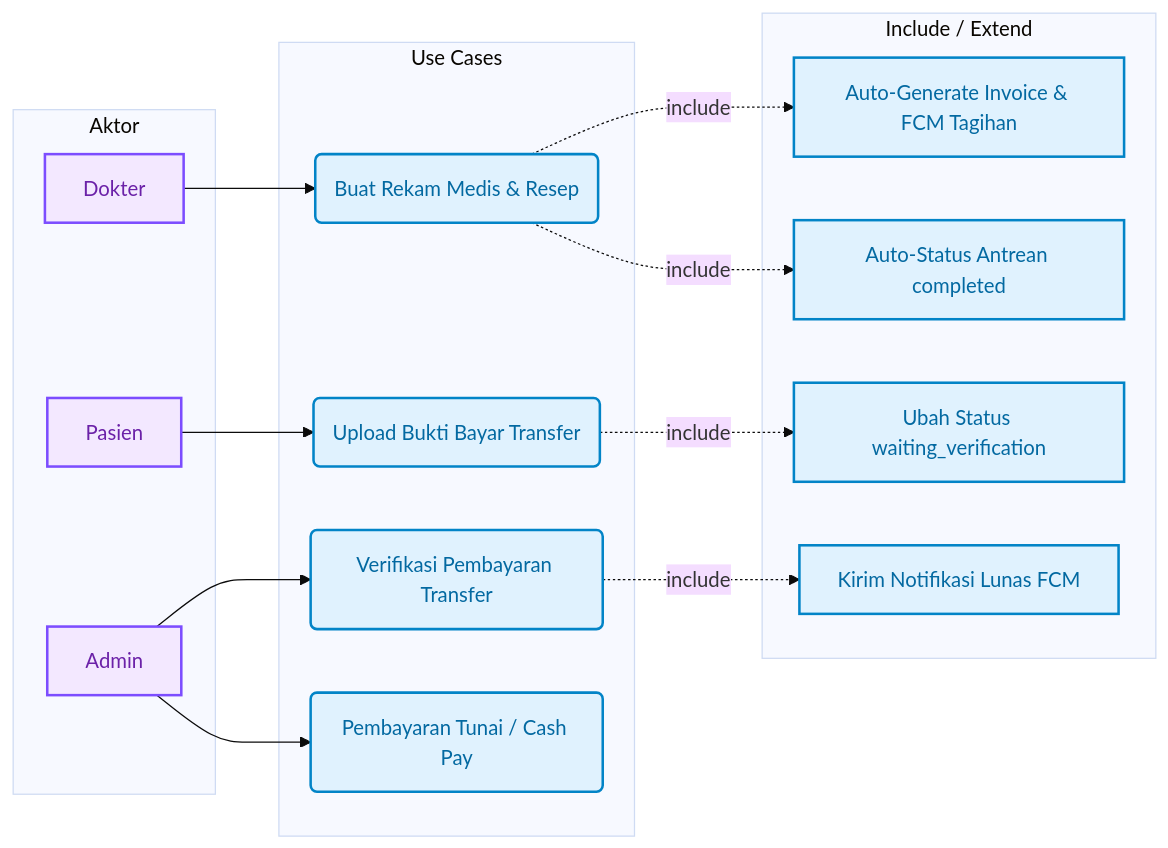
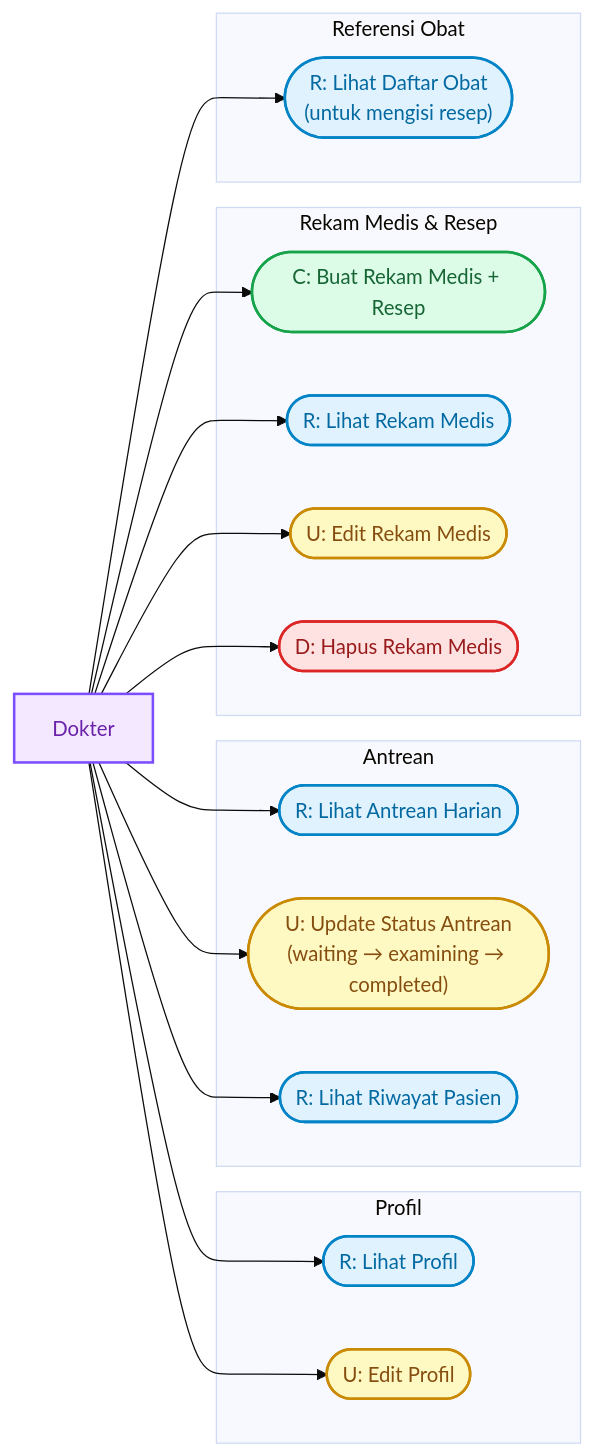
The third of 5 diagrams in dokumentasi/USECASE_DIAGRAM.md (Rezi14/NalaSeva-Mobile-Test), drawn with Mermaid (base theme) before and after one commit. The commit also changed other lines of this file, not shown here.

````diff
--- a/dokumentasi/USECASE_DIAGRAM.md
+++ b/dokumentasi/USECASE_DIAGRAM.md
@@ -200,37 +196,43 @@
 ```mermaid
 flowchart LR
   classDef actorStyle fill:#f3e8ff,stroke:#7c4dff,stroke-width:2px,color:#6b21a8;
-  classDef usecaseStyle fill:#e0f2fe,stroke:#0284c7,stroke-width:2px,color:#0369a1;
+  classDef cStyle fill:#dcfce7,stroke:#16a34a,stroke-width:2px,color:#166534;
+  classDef rStyle fill:#e0f2fe,stroke:#0284c7,stroke-width:2px,color:#0369a1;
+  classDef uStyle fill:#fef9c3,stroke:#ca8a04,stroke-width:2px,color:#854d0e;
+  classDef dStyle fill:#fee2e2,stroke:#dc2626,stroke-width:2px,color:#991b1b;
 
-  subgraph Actors [Aktor]
-    Dokter[Dokter]:::actorStyle
-    Pasien[Pasien]:::actorStyle
-    Admin[Admin]:::actorStyle
+  Dokter[Dokter]:::actorStyle
+
+  subgraph Profil ["Profil"]
+    R0(["R: Lihat Profil"]):::rStyle
+    U0(["U: Edit Profil"]):::uStyle
   end
 
-  subgraph UseCases [Use Cases]
-    UC_Exam(Buat Rekam Medis & Resep):::usecaseStyle
-    UC_Upload(Upload Bukti Bayar Transfer):::usecaseStyle
-    UC_Verify(Verifikasi Pembayaran Transfer):::usecaseStyle
-    UC_Cash(Pembayaran Tunai / Cash Pay):::usecaseStyle
+  subgraph Antrean ["Antrean"]
+    R1(["R: Lihat Antrean Harian"]):::rStyle
+    U1(["U: Update Status Antrean\n(waiting → examining → completed)"]):::uStyle
+    R2(["R: Lihat Riwayat Pasien"]):::rStyle
   end
 
-  subgraph Details [Include / Extend]
-    UC_Invoice[Auto-Generate Invoice & FCM Tagihan]:::usecaseStyle
-    UC_QueueComp[Auto-Status Antrean completed]:::usecaseStyle
-    UC_StatusWaiting[Ubah Status waiting_verification]:::usecaseStyle
-    UC_FCMVerify[Kirim Notifikasi Lunas FCM]:::usecaseStyle
+  subgraph RekamMedis ["Rekam Medis & Resep"]
+    C1(["C: Buat Rekam Medis + Resep"]):::cStyle
+    R3(["R: Lihat Rekam Medis"]):::rStyle
+    U2(["U: Edit Rekam Medis"]):::uStyle
+    D1(["D: Hapus Rekam Medis"]):::dStyle
   end
 
-  %% Actor Connections
-  Dokter --> UC_Exam
-  Pasien --> UC_Upload
-  Admin --> UC_Verify
-  Admin --> UC_Cash
+  subgraph Obat ["Referensi Obat"]
+    R4(["R: Lihat Daftar Obat\n(untuk mengisi resep)"]):::rStyle
+  end
 
-  %% Relations
-  UC_Exam -.->|include| UC_Invoice
-  UC_Exam -.->|include| UC_QueueComp
-  UC_Upload -.->|include| UC_StatusWaiting
-  UC_Verify -.->|include| UC_FCMVerify
+  Dokter --> R0
+  Dokter --> U0
+  Dokter --> R1
+  Dokter --> U1
+  Dokter --> R2
+  Dokter --> C1
+  Dokter --> R3
+  Dokter --> U2
+  Dokter --> D1
+  Dokter --> R4
 ```
````
